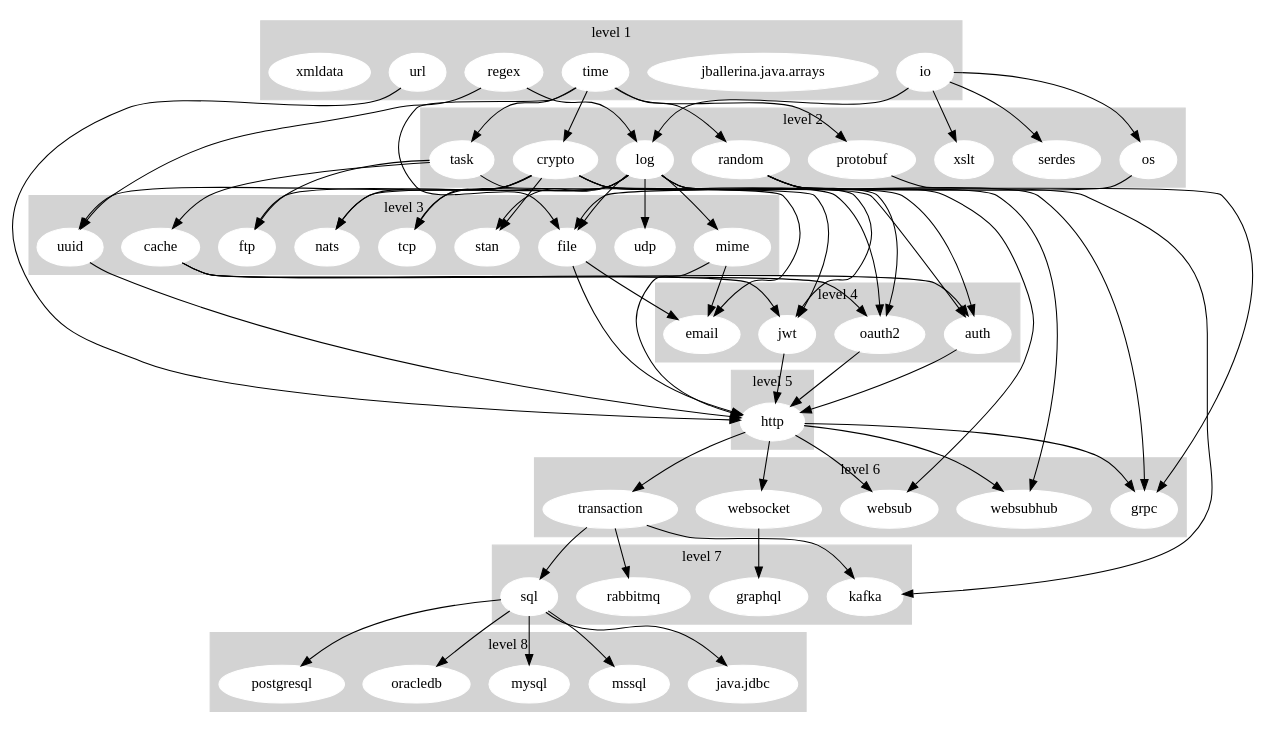
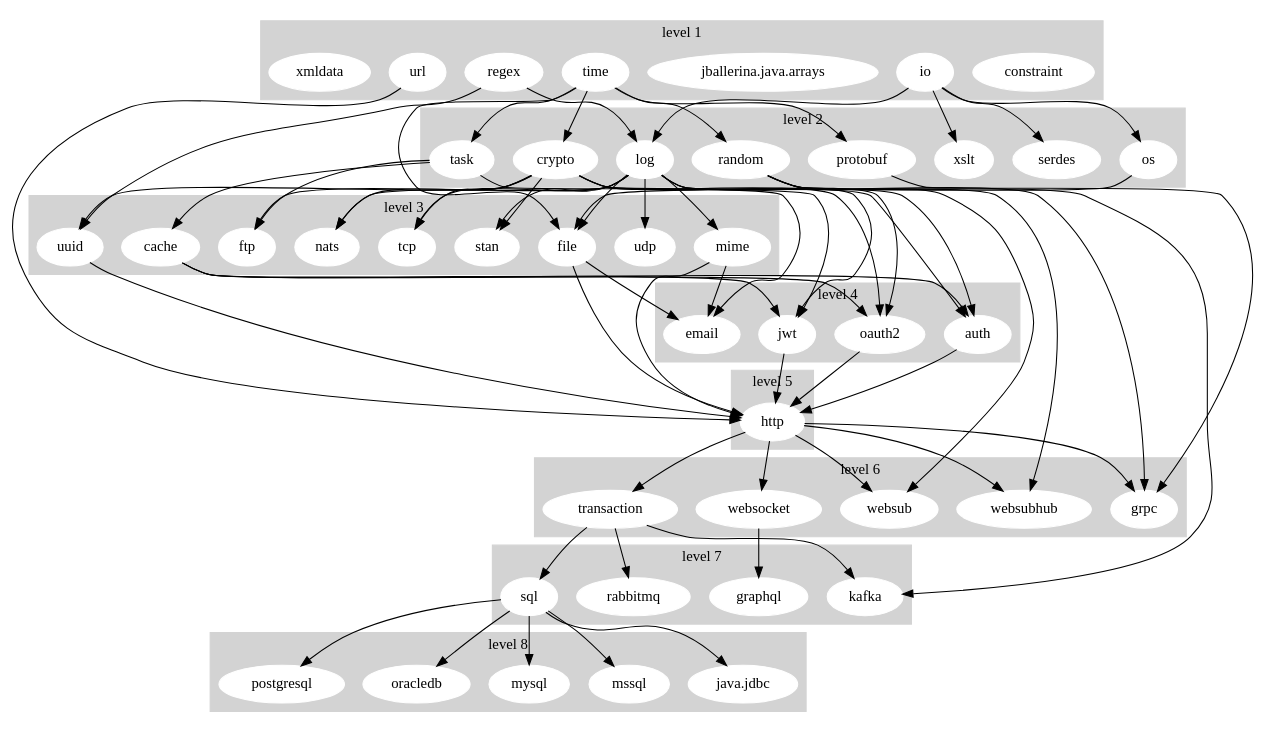
One commit to ballerina-platform/ballerina-release changed the diagram in dashboard/stdlib_graph.gv. Above: the diagram before and after it, drawn with Graphviz.

Commit message:
[Automated] Update Stdlib Dependency Graph

```diff
--- a/dashboard/stdlib_graph.gv
+++ b/dashboard/stdlib_graph.gv
@@ -1,147 +1,148 @@
 digraph "Stdlib Dependency Graph" {
 	subgraph cluster_1 {
 		node [color=white style=filled]
 		color=lightgrey style=filled
+		constraint
 		io
 		"jballerina.java.arrays"
 		regex
 		time
 		url
 		xmldata
 		label="level 1"
 	}
 	subgraph cluster_2 {
 		node [color=white style=filled]
 		color=lightgrey style=filled
 		crypto
 		log
 		os
 		protobuf
 		random
 		serdes
 		task
 		xslt
 		label="level 2"
 	}
 	subgraph cluster_3 {
 		node [color=white style=filled]
 		color=lightgrey style=filled
 		cache
 		file
 		ftp
 		mime
 		nats
 		stan
 		tcp
 		udp
 		uuid
 		label="level 3"
 	}
 	subgraph cluster_4 {
 		node [color=white style=filled]
 		color=lightgrey style=filled
 		auth
 		email
 		jwt
 		oauth2
 		label="level 4"
 	}
 	subgraph cluster_5 {
 		node [color=white style=filled]
 		color=lightgrey style=filled
 		http
 		label="level 5"
 	}
 	subgraph cluster_6 {
 		node [color=white style=filled]
 		color=lightgrey style=filled
 		grpc
 		transaction
 		websocket
 		websub
 		websubhub
 		label="level 6"
 	}
 	subgraph cluster_7 {
 		node [color=white style=filled]
 		color=lightgrey style=filled
 		graphql
 		kafka
 		rabbitmq
 		sql
 		label="level 7"
 	}
 	subgraph cluster_8 {
 		node [color=white style=filled]
 		color=lightgrey style=filled
 		"java.jdbc"
 		mssql
 		mysql
 		oracledb
 		postgresql
 		label="level 8"
 	}
 	io -> log
 	io -> os
 	io -> serdes
 	io -> xslt
 	regex -> log
 	regex -> uuid
 	time -> crypto
 	time -> file
 	time -> protobuf
 	time -> random
 	time -> task
 	url -> http
 	crypto -> auth
 	crypto -> jwt
 	crypto -> nats
 	crypto -> oauth2
 	crypto -> stan
 	crypto -> tcp
 	crypto -> uuid
 	log -> auth
 	log -> file
 	log -> ftp
 	log -> jwt
 	log -> mime
 	log -> nats
 	log -> oauth2
 	log -> stan
 	log -> tcp
 	log -> udp
 	os -> file
 	protobuf -> grpc
 	random -> grpc
 	random -> kafka
 	random -> websub
 	random -> websubhub
 	task -> cache
 	task -> email
 	task -> ftp
 	cache -> auth
 	cache -> jwt
 	cache -> oauth2
 	file -> email
 	file -> http
 	mime -> email
 	mime -> http
 	uuid -> http
 	auth -> http
 	jwt -> http
 	oauth2 -> http
 	http -> grpc
 	http -> transaction
 	http -> websocket
 	http -> websub
 	http -> websubhub
 	transaction -> kafka
 	transaction -> rabbitmq
 	transaction -> sql
 	websocket -> graphql
 	sql -> "java.jdbc"
 	sql -> mssql
 	sql -> mysql
 	sql -> oracledb
 	sql -> postgresql
 }
```
